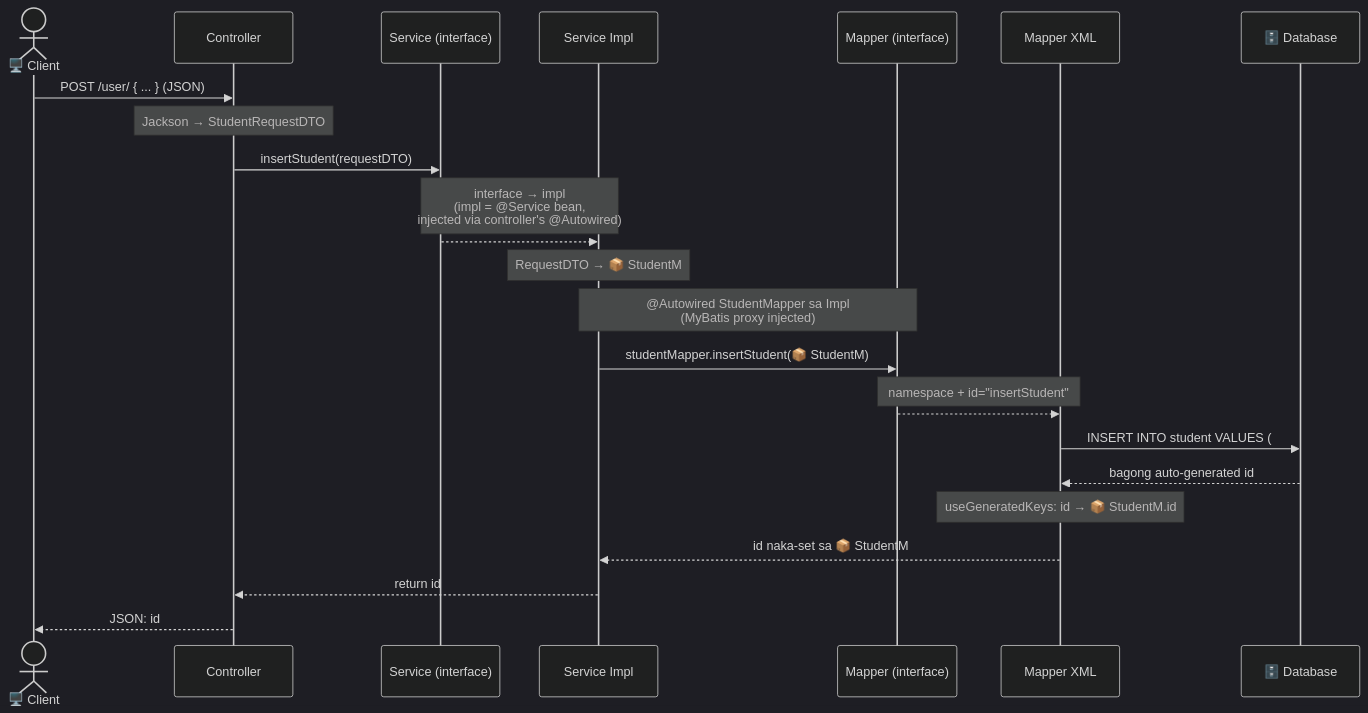
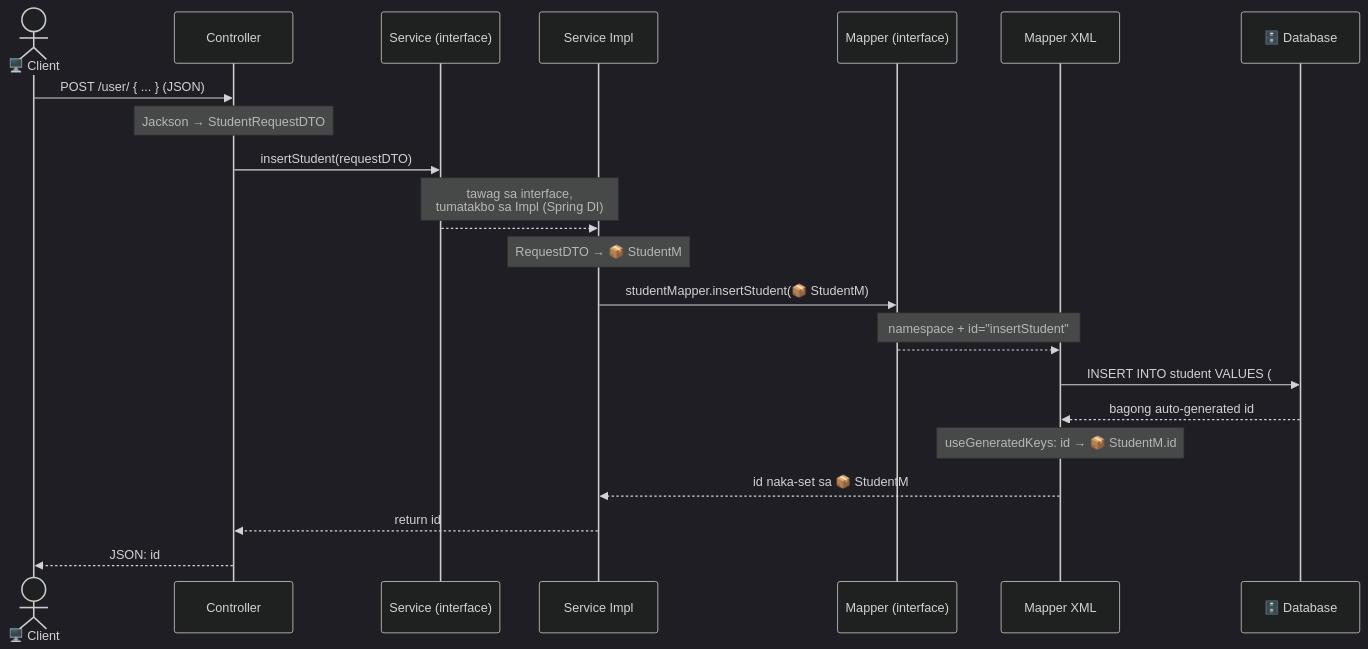
One commit to raquem-annierose/appdev changed the second of 3 diagrams in .github/MYBATIS_DIAGRAM_OPTIONS.md. Above: the diagram before and after it, drawn with Mermaid (dark theme). The commit also changed other lines of this file and 3 other files, not shown here.

Commit message:
Remove MyBatis flow and diagram options documentation files

````diff
--- a/.github/MYBATIS_DIAGRAM_OPTIONS.md
+++ b/.github/MYBATIS_DIAGRAM_OPTIONS.md
@@ -43,27 +42,26 @@
 ```mermaid
 sequenceDiagram
     actor UI as 🖥️ Client
     participant C as Controller
     participant S as Service (interface)
     participant I as Service Impl
     participant M as Mapper (interface)
     participant X as Mapper XML
     participant DB as 🗄️ Database
 
     UI->>C: POST /user/ { ... } (JSON)
     Note over C: Jackson → StudentRequestDTO
     C->>S: insertStudent(requestDTO)
-    Note over S,I: interface → impl<br/>(impl = @Service bean,<br/>injected via controller's @Autowired)
+    Note over S,I: tawag sa interface,<br/>tumatakbo sa Impl (Spring DI)
     S-->>I: 
     Note over I: RequestDTO → 📦 StudentM
-    Note over I,M: @Autowired StudentMapper sa Impl<br/>(MyBatis proxy injected)
     I->>M: studentMapper.insertStudent(📦 StudentM)
     Note over M,X: namespace + id="insertStudent"
     M-->>X: 
     X->>DB: INSERT INTO student VALUES (#{firstName}, ...)
     DB-->>X: bagong auto-generated id
     Note over X: useGeneratedKeys: id → 📦 StudentM.id
     X-->>I: id naka-set sa 📦 StudentM
     I-->>C: return id
     C-->>UI: JSON: id
 ```
````
